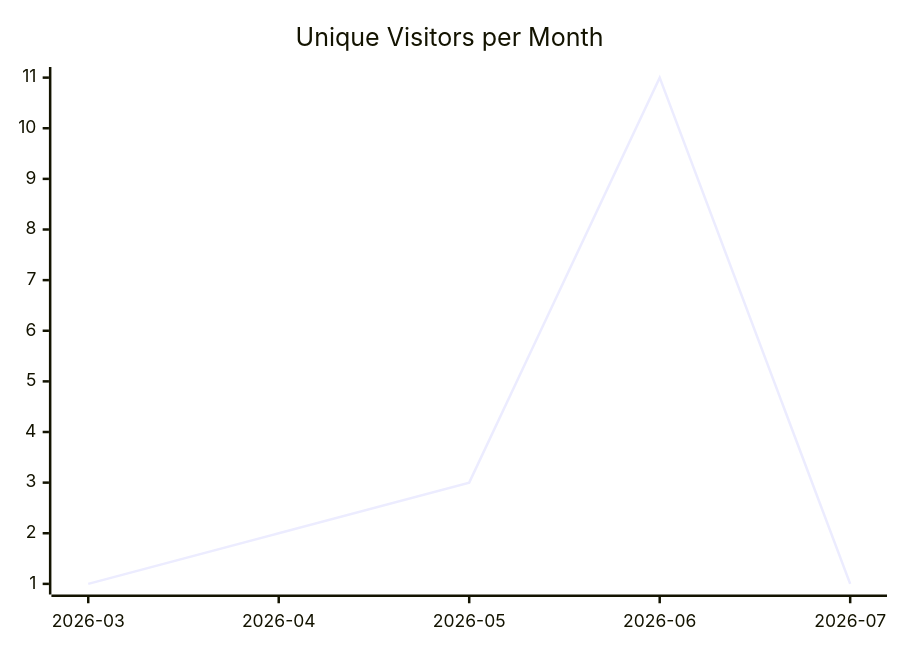
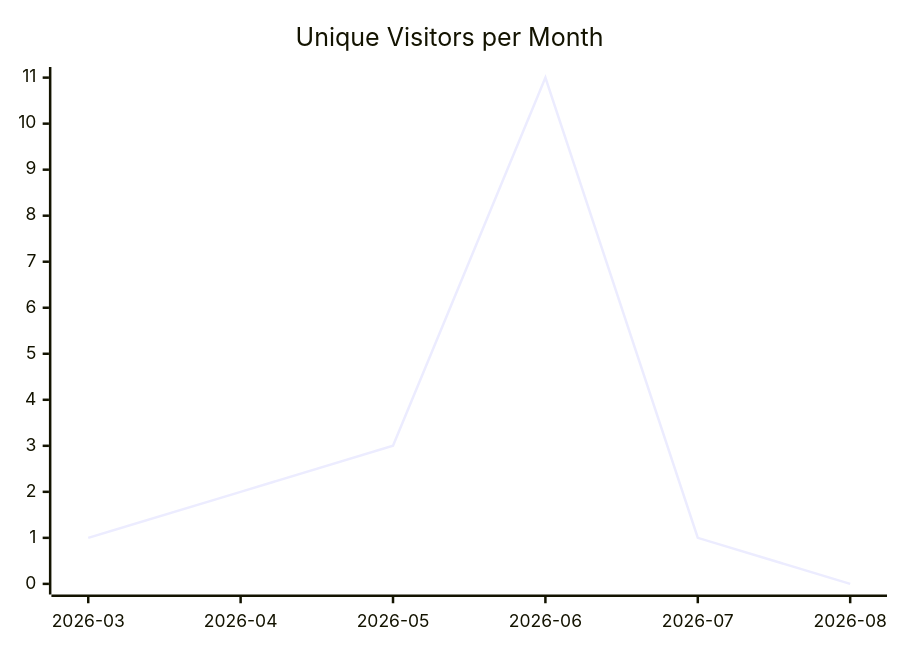
The first of 3 diagrams in karlmdavis/justdavis-ansible/README.md (justdavis-family/github-analytics-data), drawn with Mermaid before and after one commit. The commit also changed other lines of this file and 180 other files, not shown here.

````diff
--- a/karlmdavis/justdavis-ansible/README.md
+++ b/karlmdavis/justdavis-ansible/README.md
@@ -5,6 +5,6 @@
 ```mermaid
 xychart-beta
   title "Unique Visitors per Month"
-  x-axis ["2026-03", "2026-04", "2026-05", "2026-06", "2026-07"]
-  line [1, 2, 3, 11, 1]
+  x-axis ["2026-03", "2026-04", "2026-05", "2026-06", "2026-07", "2026-08"]
+  line [1, 2, 3, 11, 1, 0]
 ```
````
